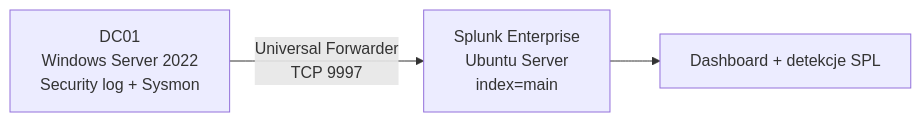
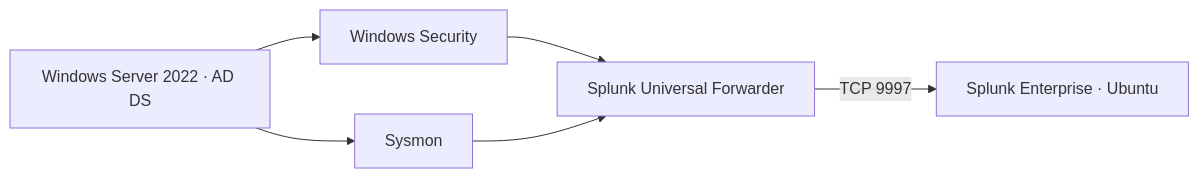
The diagram in README.md (barzim1/Domainwatch), drawn with Mermaid before and after one commit. The commit also changed other lines of this file and 3 other files, not shown here.

````diff
--- a/README.md
+++ b/README.md
@@ -12,5 +9,13 @@
 ```mermaid
 flowchart LR
-    A["DC01<br/>Windows Server 2022<br/>Security log + Sysmon"] -->|"Universal Forwarder<br/>TCP 9997"| B["Splunk Enterprise<br/>Ubuntu Server<br/>index=main"]
-    B --> C["Dashboard + detekcje SPL"]
+    DC["Windows Server 2022 · AD DS"]
+    SEC["Windows Security"]
+    SYS["Sysmon"]
+    FWD["Splunk Universal Forwarder"]
+    SIEM["Splunk Enterprise · Ubuntu"]
+    DC --> SEC
+    DC --> SYS
+    SEC --> FWD
+    SYS --> FWD
+    FWD -->|TCP 9997| SIEM
 ```
````
